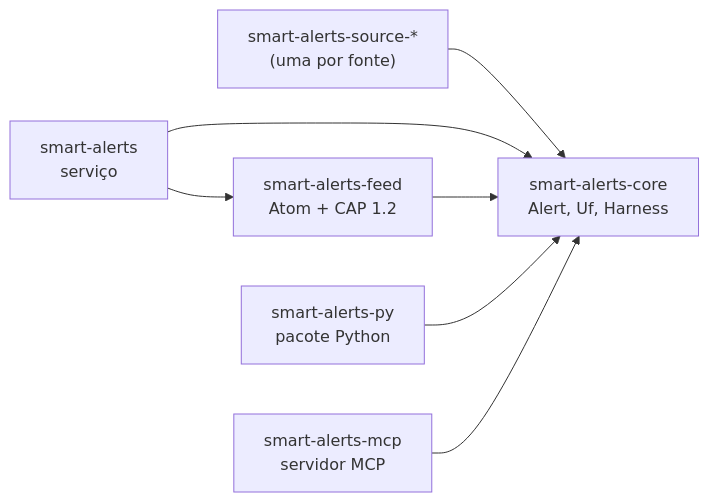
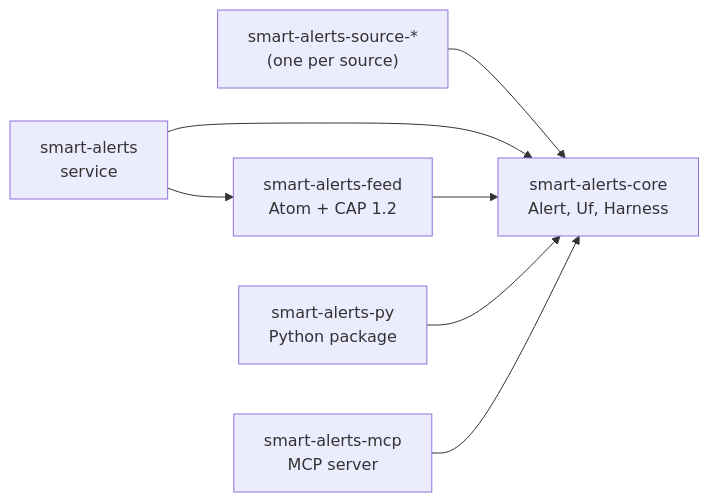
One commit to piabrota/alerts changed the diagram in README.md. Above: the diagram before and after it, drawn with Mermaid. The commit also changed other lines of this file and 18 other files, not shown here.

````diff
--- a/README.md
+++ b/README.md
@@ -87,10 +116,10 @@
 ```mermaid
 %% figure: crates
-%% title: Quais crates existem e quem depende de quem?
+%% title: Which crates exist, and which crate depends on which?
 flowchart LR
-    S["smart-alerts-source-*<br/>(uma por fonte)"] --> C["smart-alerts-core<br/>Alert, Uf, Harness"]
-    D["smart-alerts<br/>serviço"] --> C
+    S["smart-alerts-source-*<br/>(one per source)"] --> C["smart-alerts-core<br/>Alert, Uf, Harness"]
+    D["smart-alerts<br/>service"] --> C
     D --> F["smart-alerts-feed<br/>Atom + CAP 1.2"] --> C
-    P["smart-alerts-py<br/>pacote Python"] --> C
-    M["smart-alerts-mcp<br/>servidor MCP"] --> C
+    P["smart-alerts-py<br/>Python package"] --> C
+    M["smart-alerts-mcp<br/>MCP server"] --> C
 ```
````
